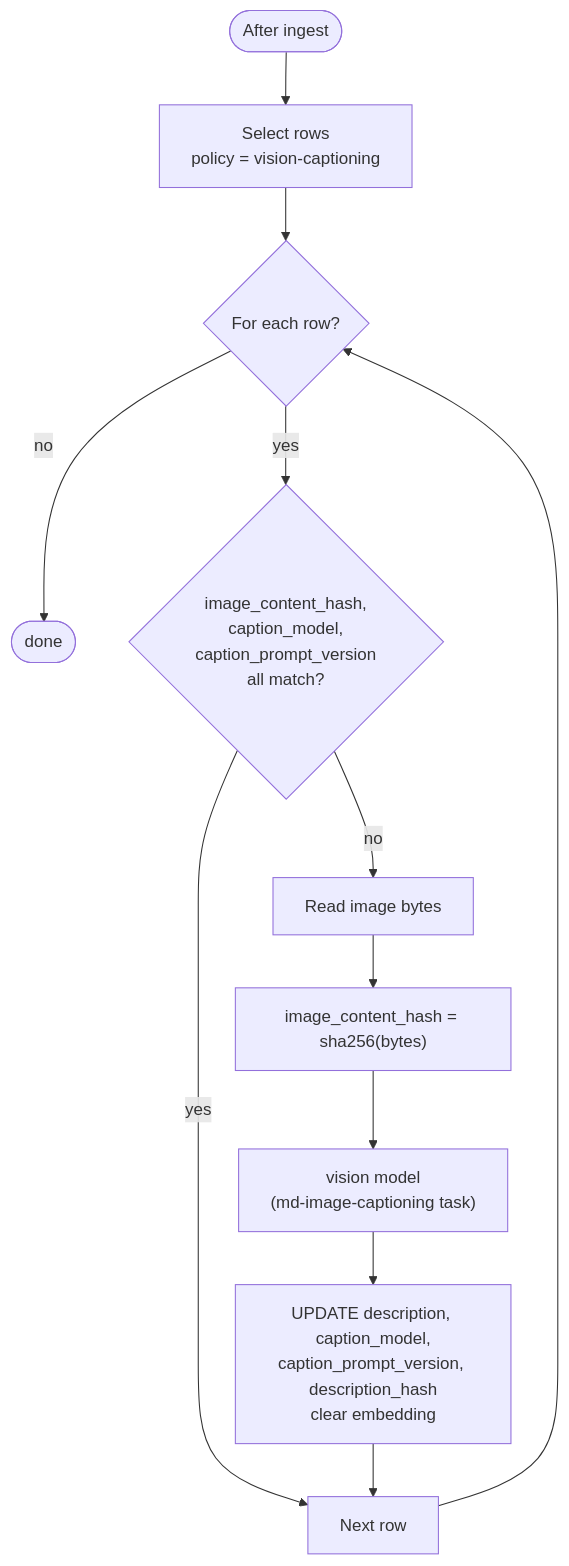
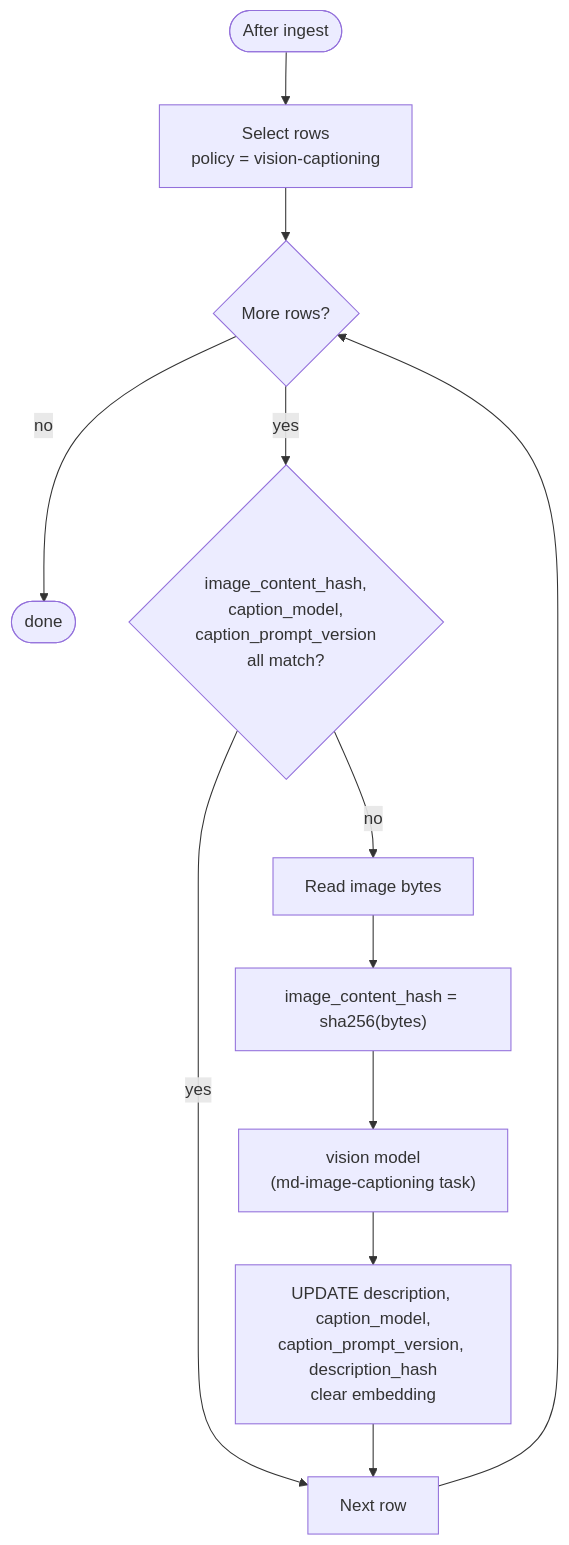
One commit to kyung-lee-official/neuxus changed the diagram in docs/modern-knowledge-base-design/03.2-image-descriptions.md. Above: the diagram before and after it, drawn with Mermaid.

Commit message:
docs: update flowchart for image ingestion process to improve clarity on row selection and processing

````diff
--- a/docs/modern-knowledge-base-design/03.2-image-descriptions.md
+++ b/docs/modern-knowledge-base-design/03.2-image-descriptions.md
@@ -77,17 +77,17 @@
 ```mermaid
 ---
 theme: neo-dark
 ---
 flowchart TD
   Start([After ingest]) --> Select["Select rows<br/>policy = vision-captioning"]
-  Select --> For{For each row?}
-  For -- no --> Done([done])
-  For -- yes --> Fresh{"image_content_hash,<br/>caption_model,<br/>caption_prompt_version<br/>all match?"}
+  Select --> More{More rows?}
+  More -- no --> Done([done])
+  More -- yes --> Fresh{"image_content_hash,<br/>caption_model,<br/>caption_prompt_version<br/>all match?"}
   Fresh -- yes --> Next[Next row]
   Fresh -- no --> Read[Read image bytes]
   Read --> Hash["image_content_hash = sha256(bytes)"]
   Hash --> Vision["vision model<br/>(md-image-captioning task)"]
   Vision --> Store["UPDATE description, caption_model,<br/>caption_prompt_version, description_hash<br/>clear embedding"]
   Store --> Next
-  Next --> For
+  Next --> More
 ```
````
